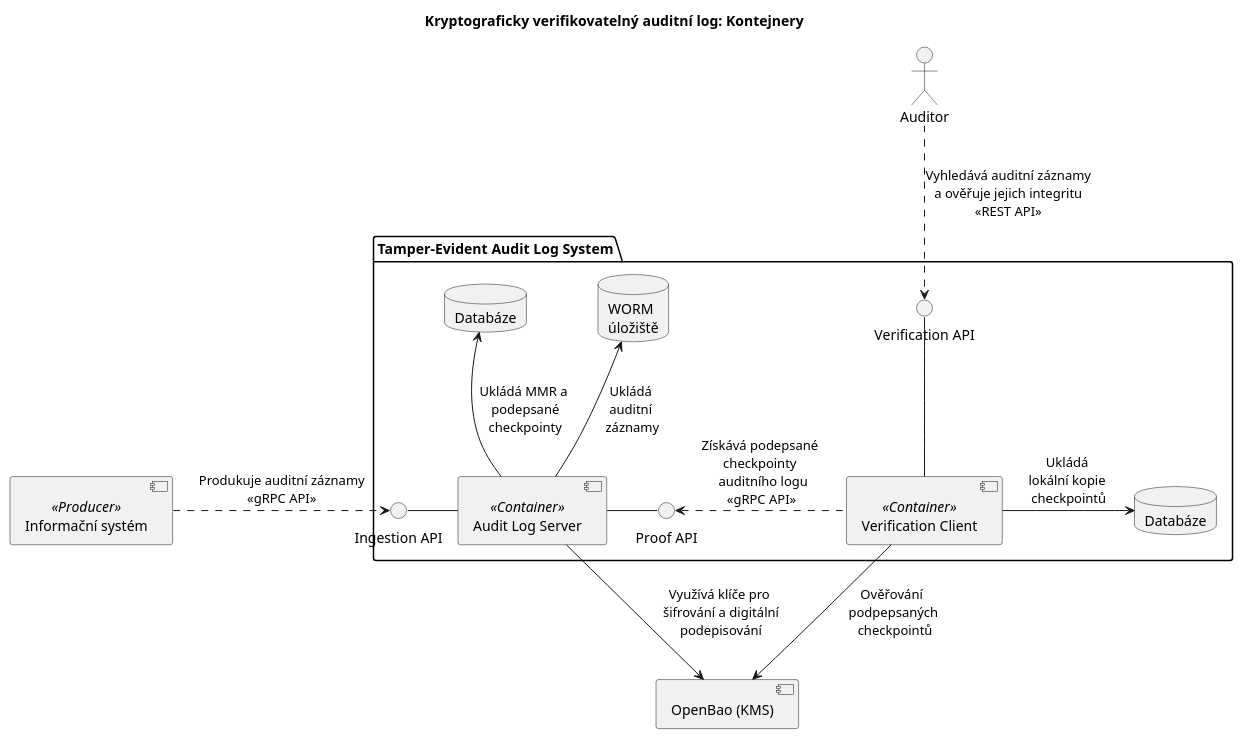
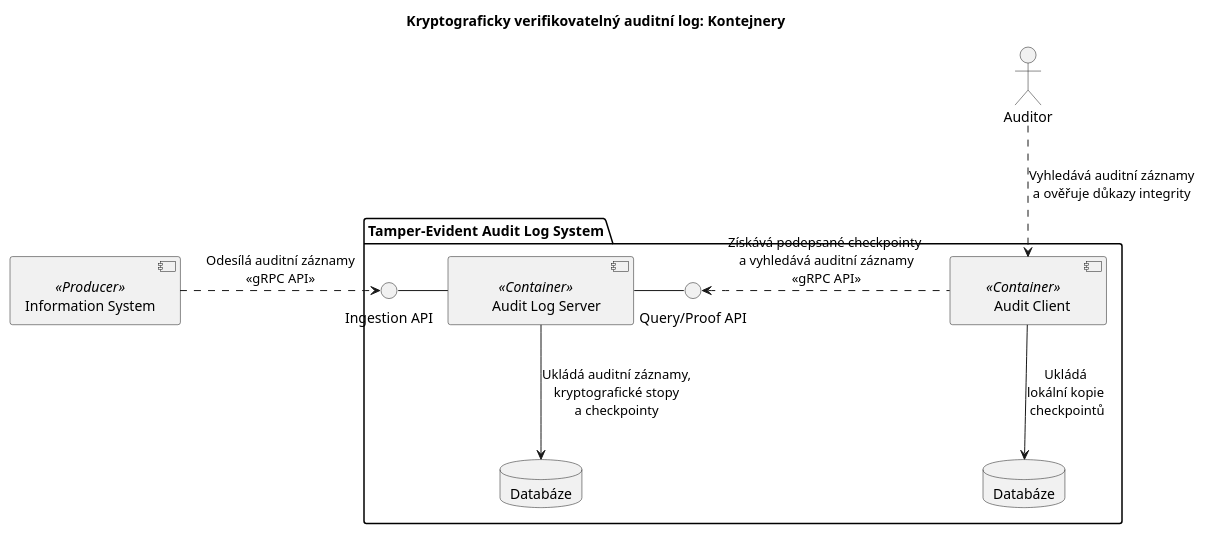
Before and after one commit to andrlikjirka/dp-teals: the diagram in docs/architecture/2-containers.puml, drawn with PlantUML. The commit also changed 2 other files, not shown here.

Commit message:
Diagram of c4 architecture

```diff
--- a/docs/architecture/2-containers.puml
+++ b/docs/architecture/2-containers.puml
@@ -1,47 +1,45 @@
 @startuml
 
 skinparam nodesep 50
 skinparam ranksep 80
 
 title "Kryptograficky verifikovatelný auditní log: Kontejnery"
 
 actor "Auditor" as Auditor
-[Informační systém] as Producer <<Producer>>
+[Information System] as Producer <<Producer>>
 'actor "Administrator" as Admin
-component "OpenBao (KMS)" as KMS
+'component "OpenBao (KMS)" as KMS
 
 package "Tamper-Evident Audit Log System" {
     interface "Ingestion API" as IngestorAPI 
-    interface "Proof API" as ProofAPI 
-    [Audit Log Server] as LogServer <<Container>>
+    interface "Query/Proof API" as ProofAPI
+    [\tAudit Log Server\t] as LogServer <<Container>>
     
-    database "WORM\núložiště" as EventStore
-    database "Databáze" as TreeStore
+    database "Databáze" as AuditStore
 
 
-    interface "Verification API" as VerificationAPI
-    [Verification Client] as Client <<Container>>
+    'interface "Audit API" as VerificationAPI
+    [\tAudit Client\t] as Client <<Container>>
 
     database "Databáze" as RootStore
     
 }
 
-Producer .> IngestorAPI : Produkuje auditní záznamy\n<<gRPC API>>
+Producer .> IngestorAPI : Odesílá auditní záznamy\n<<gRPC API>>
 IngestorAPI - LogServer
-LogServer - ProofAPI 
+LogServer - ProofAPI
 
-LogServer -up-> TreeStore : Ukládá MMR a \n podepsané \ncheckpointy
-LogServer -up-> EventStore : Ukládá \nauditní \nzáznamy
+LogServer -down-> AuditStore : Ukládá auditní záznamy,\nkryptografické stopy\na checkpointy
 
+'Auditor ..> VerificationAPI : Vyhledává auditní záznamy\na ověřuje důkazy integrity\n<<REST API>>
+'Client - VerificationAPI
+'VerificationAPI -- Client
+Auditor ..> Client: Vyhledává auditní záznamy\na ověřuje důkazy integrity
 
-Auditor ..> VerificationAPI : Vyhledává auditní záznamy\na ověřuje jejich integritu\n<<REST API>>
-'Client - VerificationAPI 
-VerificationAPI -- Client 
+ProofAPI <. Client: "Získává podepsané checkpointy \n a vyhledává auditní záznamy \n<<gRPC API>>"
+Client -down-> RootStore : Ukládá \nlokální kopie \ncheckpointů
 
-ProofAPI <. Client: Získává podepsané \ncheckpointy \n auditního logu\n<<gRPC API>>
-Client -> RootStore : Ukládá \nlokální kopie \ncheckpointů 
-
-LogServer --> KMS : Využívá klíče pro \n šifrování a digitální \npodepisování
-Client --> KMS : Ověřování \npodpepsaných\n checkpointů 
+'LogServer --> KMS : Využívá klíče pro \n šifrování a digitální \npodepisování
+'Client --> KMS : Ověřování \npodpepsaných\n checkpointů
 
 @enduml
```
